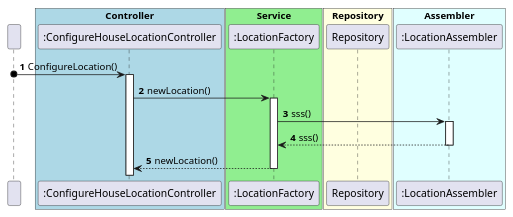
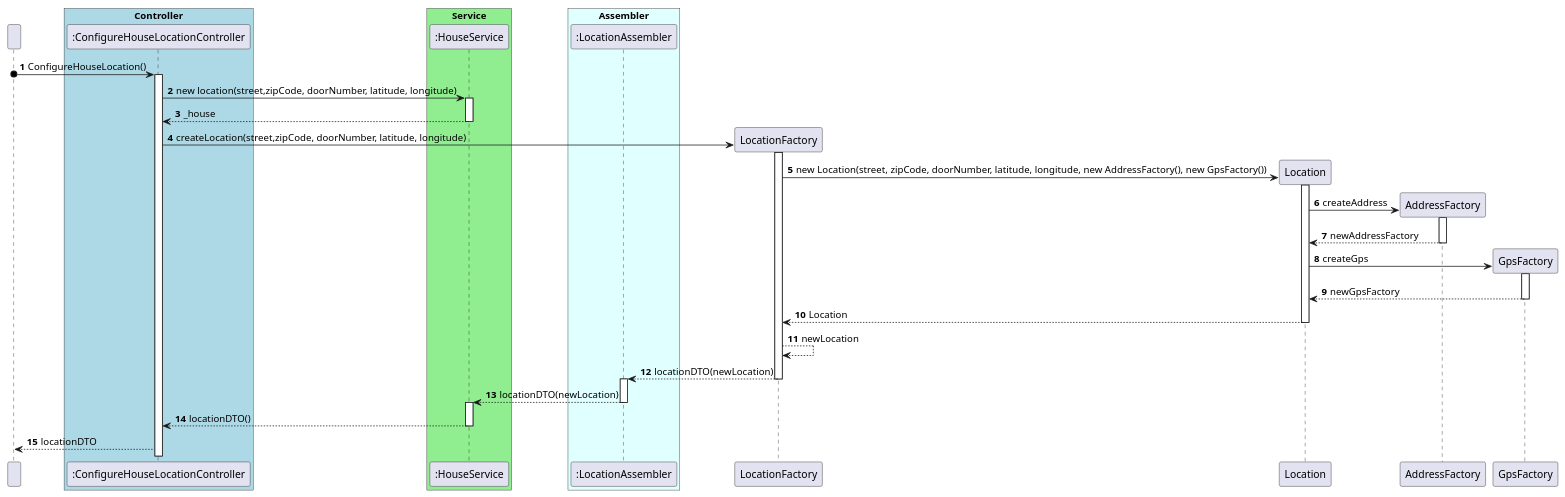
The diagram in docs/ood/sequenceDiagram/US01configureHouseLocation.puml (olivDiogo/SmartHome), drawn with PlantUML before and after one commit.

Commit message:
#142 [UPDATE] Sequence Diagram for US01.

```diff
--- a/docs/ood/sequenceDiagram/US01configureHouseLocation.puml
+++ b/docs/ood/sequenceDiagram/US01configureHouseLocation.puml
@@ -1,47 +1,68 @@
 @startuml
 
 participant " "
 box "Controller" #LightBlue
 participant ":ConfigureHouseLocationController" as ConfigureHouseLocationController
 end box
 box "Service" #LightGreen
-participant ":LocationFactory" as Service
-end box
-box "Repository" #LightYellow
-participant "Repository" as Repository
+participant ":HouseService" as Service
 end box
 box "Assembler" #LightCyan
 participant ":LocationAssembler" as Assembler
 end box
+
 autonumber
-
-" " o-> ConfigureHouseLocationController : ConfigureLocation()
+" " o-> ConfigureHouseLocationController : ConfigureHouseLocation()
 
 activate "ConfigureHouseLocationController"
 
-ConfigureHouseLocationController -> "Service" : newLocation()
-activate Service
+ConfigureHouseLocationController -> "Service" : new location(street,zipCode, doorNumber, latitude, longitude)
+activate "Service"
+Service --> "ConfigureHouseLocationController" : _house
+deactivate "Service"
+create LocationFactory
+"ConfigureHouseLocationController" -> "LocationFactory" : createLocation(street,zipCode, doorNumber, latitude, longitude)
+create Location
+activate "LocationFactory"
+"LocationFactory" -> "Location" : new Location(street, zipCode, doorNumber, latitude, longitude, new AddressFactory(), new GpsFactory())
 
-Service -> "Assembler" : sss()
+activate "Location"
+create AddressFactory
+Location -> "AddressFactory" : createAddress
+activate "AddressFactory"
+"AddressFactory" --> "Location" : newAddressFactory
+deactivate "AddressFactory"
+create GpsFactory
+Location -> "GpsFactory" : createGps
+activate "GpsFactory"
+"GpsFactory" --> "Location" : newGpsFactory
+deactivate "GpsFactory"
+Location --> "LocationFactory" : Location
+deactivate "Location"
+"LocationFactory" --> "LocationFactory" : newLocation
+"LocationFactory" --> "Assembler" : locationDTO(newLocation)
+deactivate "LocationFactory"
 activate Assembler
-"Assembler" --> Service : sss()
+
+"Assembler" --> "Service" : locationDTO(newLocation)
 deactivate Assembler
-Service --> "ConfigureHouseLocationController" : newLocation()
-
+activate "Service"
+"Service" --> "ConfigureHouseLocationController" : locationDTO()
 deactivate Service
+ConfigureHouseLocationController --> " " : locationDTO
 
 
 
 
 
 
 
 
 
 
 
 
 
 
 
 @enduml
```
